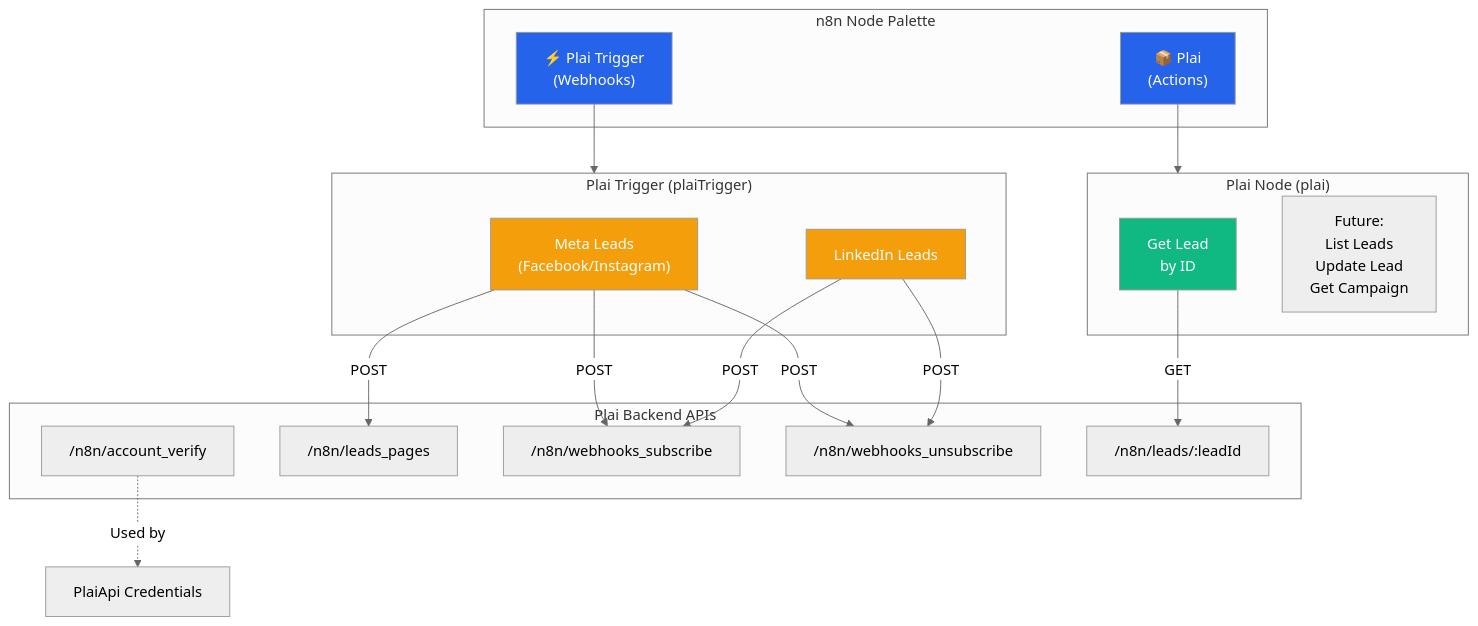
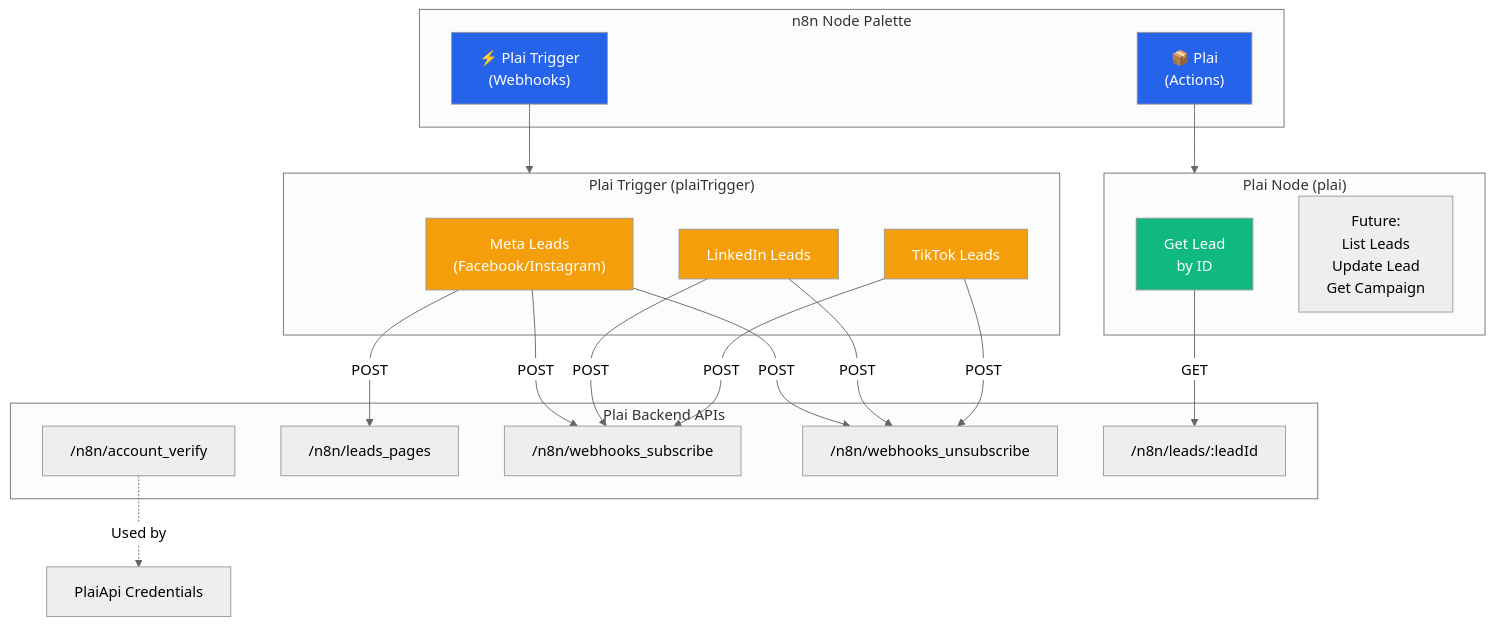
One commit to plai-io/n8n-nodes-plai changed the first of 4 diagrams in ARCHITECTURE.md. Above: the diagram before and after it, drawn with Mermaid (neutral theme). The commit also changed other lines of this file and 6 other files, not shown here.

Commit message:
docs: add TikTok trigger support to README, node descriptions, and internal package metadata

````diff
--- a/ARCHITECTURE.md
+++ b/ARCHITECTURE.md
@@ -5,43 +5,47 @@
 ```mermaid
 graph TB
     subgraph n8nUI["n8n Node Palette"]
         PlaiNode["📦 Plai<br/>(Actions)"]
         PlaiTriggerNode["⚡ Plai Trigger<br/>(Webhooks)"]
     end
     
     subgraph PlaiActions["Plai Node (plai)"]
         GetLead["Get Lead<br/>by ID"]
         FutureOps["Future:<br/>List Leads<br/>Update Lead<br/>Get Campaign"]
     end
     
     subgraph PlaiTriggers["Plai Trigger (plaiTrigger)"]
         MetaTrigger["Meta Leads<br/>(Facebook/Instagram)"]
         LinkedInTrigger["LinkedIn Leads"]
+        TikTokTrigger["TikTok Leads"]
     end
     
     subgraph PlaiBackend["Plai Backend APIs"]
         AccountVerify["/n8n/account_verify"]
         LeadsPages["/n8n/leads_pages"]
         WebhooksSubscribe["/n8n/webhooks_subscribe"]
         WebhooksUnsubscribe["/n8n/webhooks_unsubscribe"]
         GetLeadAPI["/n8n/leads/:leadId"]
     end
     
     PlaiNode --> PlaiActions
     PlaiTriggerNode --> PlaiTriggers
     
     GetLead -->|GET| GetLeadAPI
     MetaTrigger -->|POST| LeadsPages
     MetaTrigger -->|POST| WebhooksSubscribe
     MetaTrigger -->|POST| WebhooksUnsubscribe
     LinkedInTrigger -->|POST| WebhooksSubscribe
     LinkedInTrigger -->|POST| WebhooksUnsubscribe
+    TikTokTrigger -->|POST| WebhooksSubscribe
+    TikTokTrigger -->|POST| WebhooksUnsubscribe
     
     AccountVerify -.->|Used by| PlaiCredentials["PlaiApi Credentials"]
     
     style PlaiNode fill:#2563EB,color:#fff
     style PlaiTriggerNode fill:#2563EB,color:#fff
     style GetLead fill:#10b981,color:#fff
     style MetaTrigger fill:#f59e0b,color:#fff
     style LinkedInTrigger fill:#f59e0b,color:#fff
+    style TikTokTrigger fill:#f59e0b,color:#fff
 ```
````
